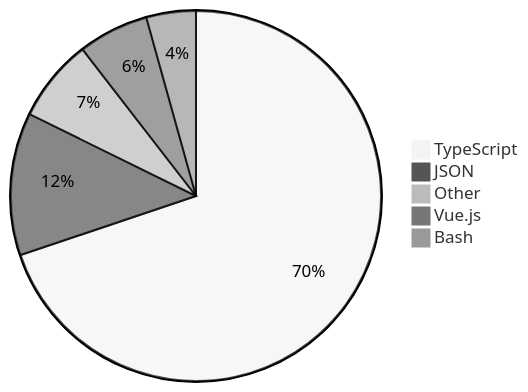
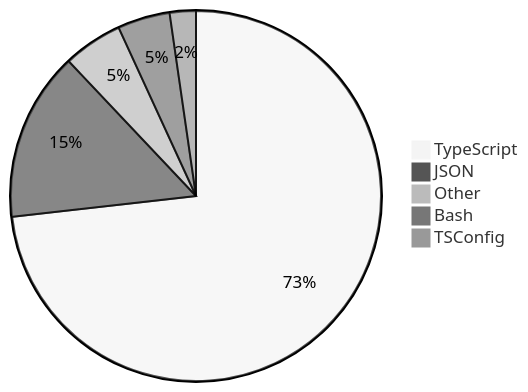
The diagram in README.md (skvggor/skvggor), drawn with Mermaid (neutral theme) before and after one commit.

Commit message:
Updated waka-readme graph with new metrics

````diff
--- a/README.md
+++ b/README.md
@@ -39,8 +39,8 @@
 ```mermaid
 pie
-    "TypeScript" : 64.6
-    "JSON" : 11.5
-    "Other" : 6.7
-    "Vue.js" : 5.7
-    "Bash" : 4.0
+    "TypeScript" : 70.5
+    "JSON" : 14.2
+    "Other" : 5.0
+    "Bash" : 4.4
+    "TSConfig" : 2.2
 ```
````
